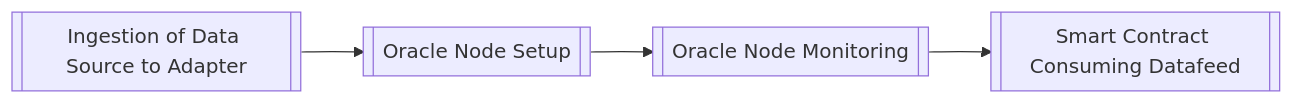
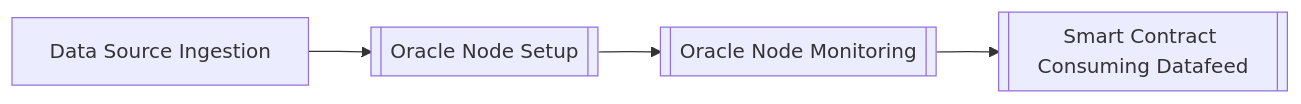
One commit to st-mn/chainlink-sample-datafeed-process-e2e changed the diagram in README.md. Above: the diagram before and after it, drawn with Mermaid. The commit also changed other lines of this file, not shown here.

````diff
--- a/README.md
+++ b/README.md
@@ -5,6 +5,6 @@
 ```mermaid 
 graph LR;
-  1[[Ingestion of Data Source to Adapter]] --> 2[[Oracle Node Setup]];
+  1[Data Source Ingestion] --> 2[[Oracle Node Setup]];
   2 --> 3[[Oracle Node Monitoring]];
   3 --> 4[[Smart Contract Consuming Datafeed]];
 ```
````
